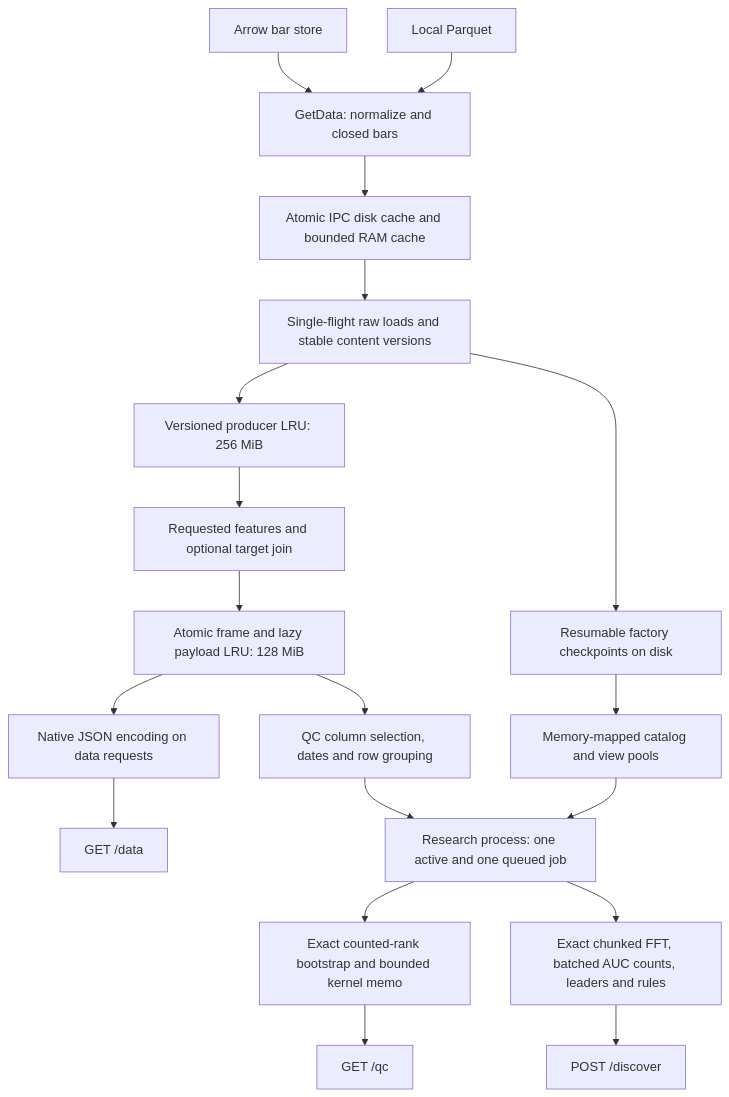
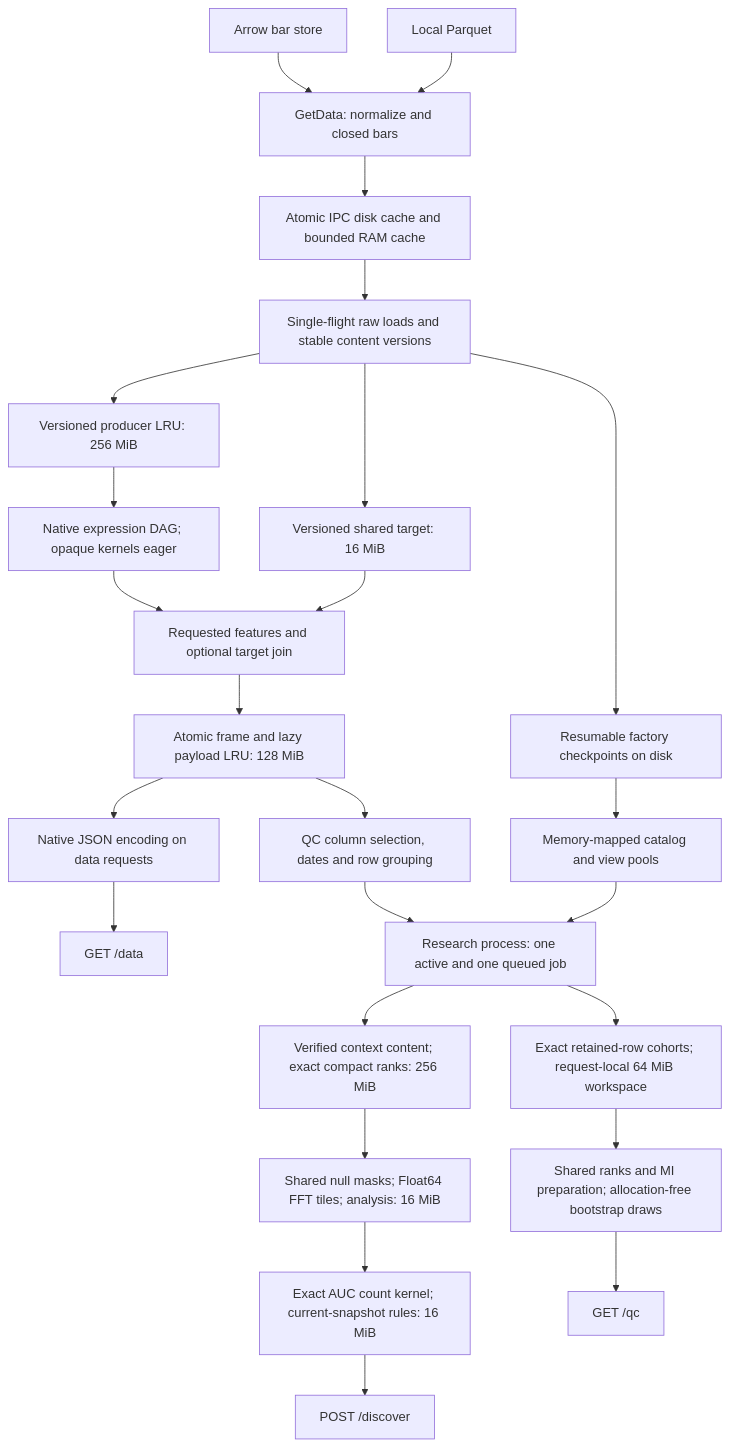
One commit to Vaquum/Mill changed the diagram in profiling/engine.mmd. Above: the diagram before and after it, drawn with Mermaid. The commit also changed 150 other files, not shown here.

```diff
--- a/profiling/engine.mmd
+++ b/profiling/engine.mmd
@@ -1,19 +1,25 @@
 flowchart TD
     Arrow[Arrow bar store] --> GetData[GetData: normalize and closed bars]
     Parquet[Local Parquet] --> GetData
     GetData --> IPC[Atomic IPC disk cache and bounded RAM cache]
     IPC --> Raw[Single-flight raw loads and stable content versions]
     Raw --> Producers[Versioned producer LRU: 256 MiB]
-    Producers --> Join[Requested features and optional target join]
+    Producers --> DAG[Native expression DAG; opaque kernels eager]
+    Raw --> Target[Versioned shared target: 16 MiB]
+    DAG --> Join[Requested features and optional target join]
+    Target --> Join
     Join --> Results[Atomic frame and lazy payload LRU: 128 MiB]
     Results --> JSON[Native JSON encoding on data requests]
     JSON --> Data[GET /data]
     Results --> Select[QC column selection, dates and row grouping]
     Select --> Worker[Research process: one active and one queued job]
     Raw --> Checkpoint[Resumable factory checkpoints on disk]
     Checkpoint --> Pool[Memory-mapped catalog and view pools]
     Pool --> Worker
-    Worker --> QC[Exact counted-rank bootstrap and bounded kernel memo]
-    Worker --> Discover[Exact chunked FFT, batched AUC counts, leaders and rules]
+    Worker --> Cohort[Exact retained-row cohorts; request-local 64 MiB workspace]
+    Cohort --> QC[Shared ranks and MI preparation; allocation-free bootstrap draws]
+    Worker --> Context[Verified context content; exact compact ranks: 256 MiB]
+    Context --> Analysis[Shared null masks; Float64 FFT tiles; analysis: 16 MiB]
+    Analysis --> Discover[Exact AUC count kernel; current-snapshot rules: 16 MiB]
     QC --> QCAPI[GET /qc]
     Discover --> FindAPI[POST /discover]
```
